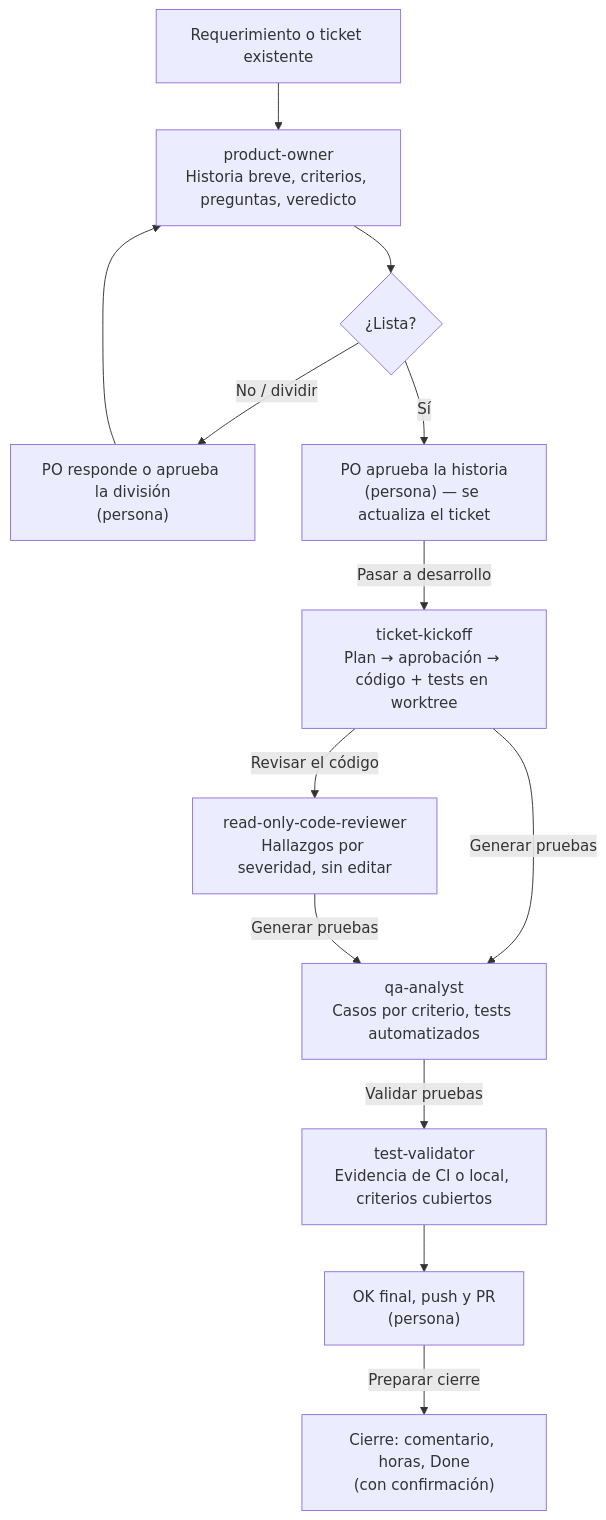
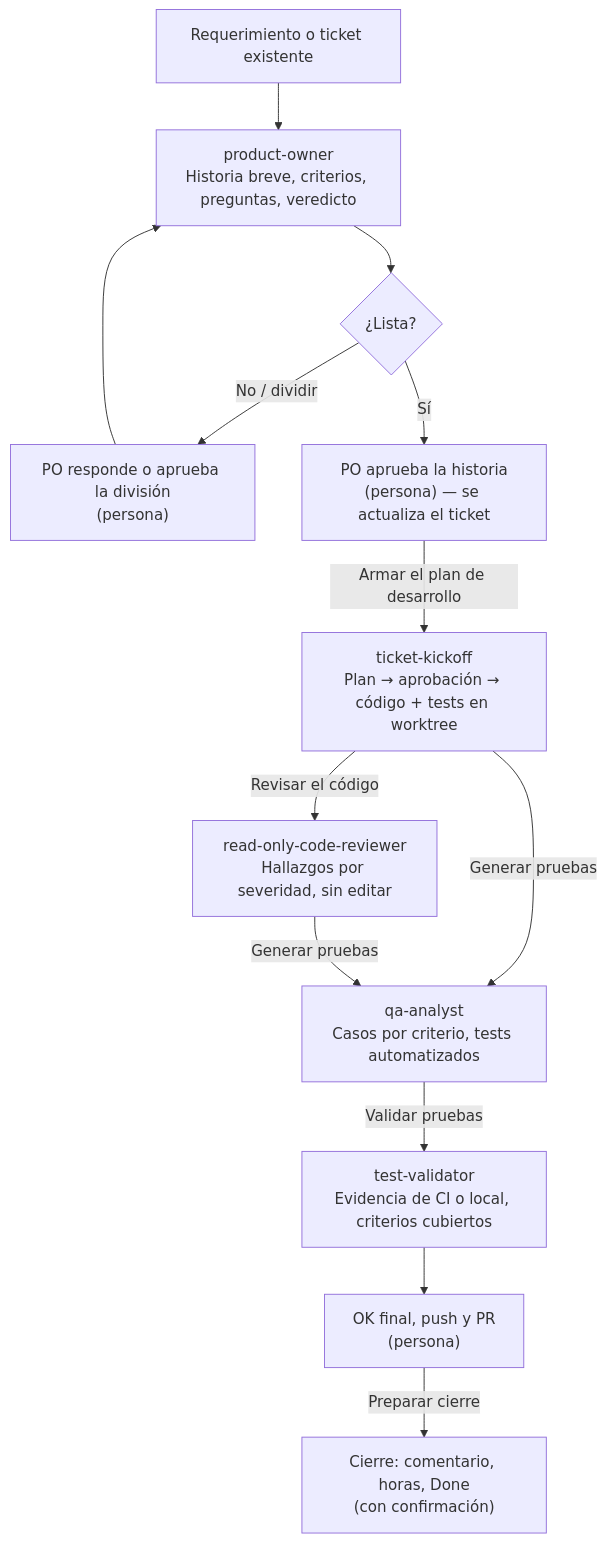
The first of 2 diagrams in golden-paths/README.md (elmercharrebaufest/MOA-AI-Engineering), drawn with Mermaid before and after one commit. The commit also changed 9 other files, not shown here.

First line of the commit message:
Renombrar botón de traspaso a "Armar el plan de desarrollo" (v0.6.10)

````diff
--- a/golden-paths/README.md
+++ b/golden-paths/README.md
@@ -27,15 +27,15 @@
 ```mermaid
 flowchart TD
     A["Requerimiento o ticket existente"] --> B["product-owner<br/>Historia breve, criterios, preguntas, veredicto"]
     B --> C{"¿Lista?"}
     C -->|"No / dividir"| D["PO responde o aprueba la división<br/>(persona)"]
     D --> B
     C -->|"Sí"| E["PO aprueba la historia<br/>(persona) — se actualiza el ticket"]
-    E -->|"Pasar a desarrollo"| F["ticket-kickoff<br/>Plan → aprobación → código + tests en worktree"]
+    E -->|"Armar el plan de desarrollo"| F["ticket-kickoff<br/>Plan → aprobación → código + tests en worktree"]
     F -->|"Revisar el código"| G["read-only-code-reviewer<br/>Hallazgos por severidad, sin editar"]
     F -->|"Generar pruebas"| H
     G -->|"Generar pruebas"| H["qa-analyst<br/>Casos por criterio, tests automatizados"]
     H -->|"Validar pruebas"| I["test-validator<br/>Evidencia de CI o local, criterios cubiertos"]
     I --> J["OK final, push y PR<br/>(persona)"]
     J -->|"Preparar cierre"| K["Cierre: comentario, horas, Done<br/>(con confirmación)"]
 ```
````
